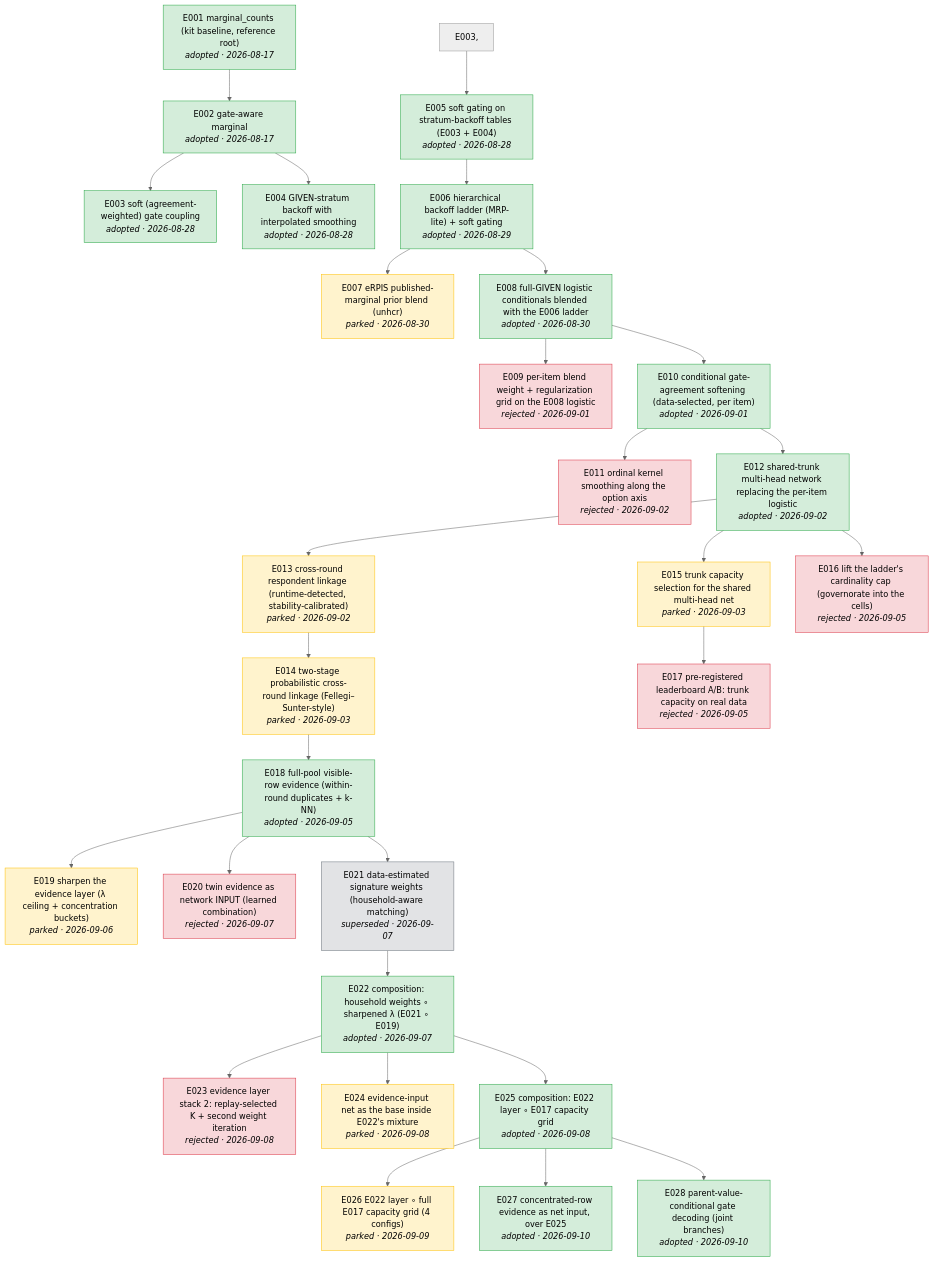
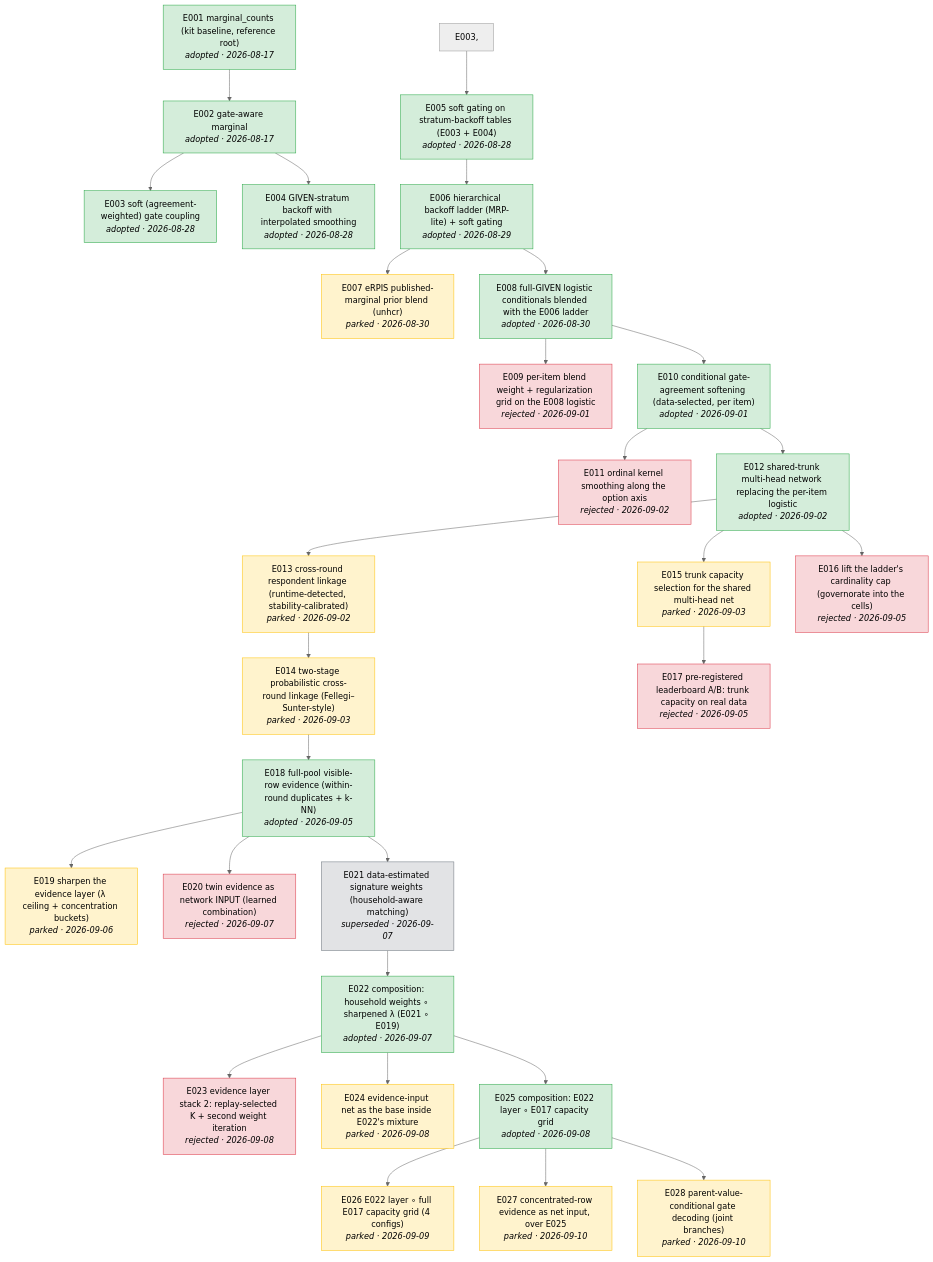
One commit to joon56/Simulacrabench-NeurIPS-2026- changed the diagram in docs/tree.md. Above: the diagram before and after it, drawn with Mermaid (neutral theme). The commit also changed 5 other files, not shown here.

Commit message:
E027/E028: both flat at 0.63 — evidence-input family and gate decoding closed, parked

````diff
--- a/docs/tree.md
+++ b/docs/tree.md
@@ -5,66 +5,66 @@
 ```mermaid
 flowchart TD
     E001["E001 marginal_counts (kit baseline, reference root)<br/><i>adopted · 2026-08-17</i>"]
     E002["E002 gate-aware marginal<br/><i>adopted · 2026-08-17</i>"]
     E001 --> E002
     E003["E003 soft (agreement-weighted) gate coupling<br/><i>adopted · 2026-08-28</i>"]
     E002 --> E003
     E004["E004 GIVEN-stratum backoff with interpolated smoothing<br/><i>adopted · 2026-08-28</i>"]
     E002 --> E004
     E005["E005 soft gating on stratum-backoff tables (E003 + E004)<br/><i>adopted · 2026-08-28</i>"]
     E003, --> E005
     E006["E006 hierarchical backoff ladder (MRP-lite) + soft gating<br/><i>adopted · 2026-08-29</i>"]
     E005 --> E006
     E007["E007 eRPIS published-marginal prior blend (unhcr)<br/><i>parked · 2026-08-30</i>"]
     E006 --> E007
     E008["E008 full-GIVEN logistic conditionals blended with the E006 ladder<br/><i>adopted · 2026-08-30</i>"]
     E006 --> E008
     E009["E009 per-item blend weight + regularization grid on the E008 logistic<br/><i>rejected · 2026-09-01</i>"]
     E008 --> E009
     E010["E010 conditional gate-agreement softening (data-selected, per item)<br/><i>adopted · 2026-09-01</i>"]
     E008 --> E010
     E011["E011 ordinal kernel smoothing along the option axis<br/><i>rejected · 2026-09-02</i>"]
     E010 --> E011
     E012["E012 shared-trunk multi-head network replacing the per-item logistic<br/><i>adopted · 2026-09-02</i>"]
     E010 --> E012
     E013["E013 cross-round respondent linkage (runtime-detected, stability-calibrated)<br/><i>parked · 2026-09-02</i>"]
     E012 --> E013
     E014["E014 two-stage probabilistic cross-round linkage (Fellegi–Sunter-style)<br/><i>parked · 2026-09-03</i>"]
     E013 --> E014
     E015["E015 trunk capacity selection for the shared multi-head net<br/><i>parked · 2026-09-03</i>"]
     E012 --> E015
     E016["E016 lift the ladder's cardinality cap (governorate into the cells)<br/><i>rejected · 2026-09-05</i>"]
     E012 --> E016
     E017["E017 pre-registered leaderboard A/B: trunk capacity on real data<br/><i>rejected · 2026-09-05</i>"]
     E015 --> E017
     E018["E018 full-pool visible-row evidence (within-round duplicates + k-NN)<br/><i>adopted · 2026-09-05</i>"]
     E014 --> E018
     E019["E019 sharpen the evidence layer (λ ceiling + concentration buckets)<br/><i>parked · 2026-09-06</i>"]
     E018 --> E019
     E020["E020 twin evidence as network INPUT (learned combination)<br/><i>rejected · 2026-09-07</i>"]
     E018 --> E020
     E021["E021 data-estimated signature weights (household-aware matching)<br/><i>superseded · 2026-09-07</i>"]
     E018 --> E021
     E022["E022 composition: household weights ∘ sharpened λ (E021 ∘ E019)<br/><i>adopted · 2026-09-07</i>"]
     E021 --> E022
     E023["E023 evidence layer stack 2: replay-selected K + second weight iteration<br/><i>rejected · 2026-09-08</i>"]
     E022 --> E023
     E024["E024 evidence-input net as the base inside E022's mixture<br/><i>parked · 2026-09-08</i>"]
     E022 --> E024
     E025["E025 composition: E022 layer ∘ E017 capacity grid<br/><i>adopted · 2026-09-08</i>"]
     E022 --> E025
     E026["E026 E022 layer ∘ full E017 capacity grid (4 configs)<br/><i>parked · 2026-09-09</i>"]
     E025 --> E026
-    E027["E027 concentrated-row evidence as net input, over E025<br/><i>adopted · 2026-09-10</i>"]
+    E027["E027 concentrated-row evidence as net input, over E025<br/><i>parked · 2026-09-10</i>"]
     E025 --> E027
-    E028["E028 parent-value-conditional gate decoding (joint branches)<br/><i>adopted · 2026-09-10</i>"]
+    E028["E028 parent-value-conditional gate decoding (joint branches)<br/><i>parked · 2026-09-10</i>"]
     E025 --> E028
     classDef adopted fill:#d4edda,stroke:#28a745
-    class E001,E002,E003,E004,E005,E006,E008,E010,E012,E018,E022,E025,E027,E028 adopted
+    class E001,E002,E003,E004,E005,E006,E008,E010,E012,E018,E022,E025 adopted
     classDef rejected fill:#f8d7da,stroke:#dc3545
     class E009,E011,E016,E017,E020,E023 rejected
     classDef parked fill:#fff3cd,stroke:#ffc107
-    class E007,E013,E014,E015,E019,E024,E026 parked
+    class E007,E013,E014,E015,E019,E024,E026,E027,E028 parked
     classDef superseded fill:#e2e3e5,stroke:#6c757d
     class E021 superseded
 ```
````
